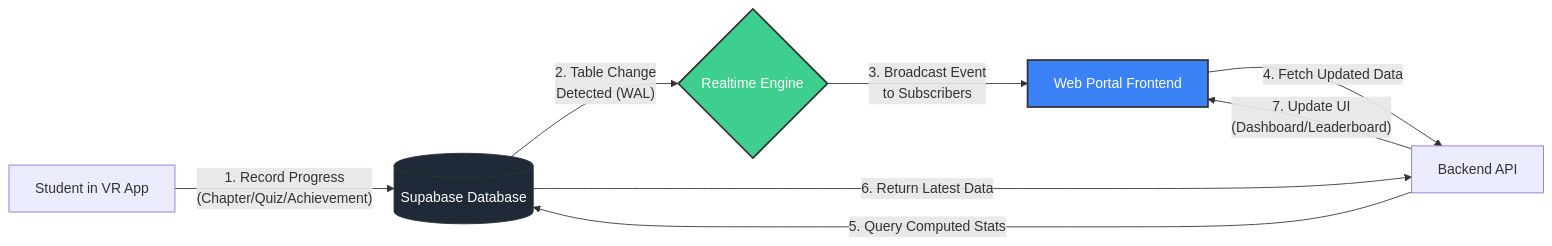
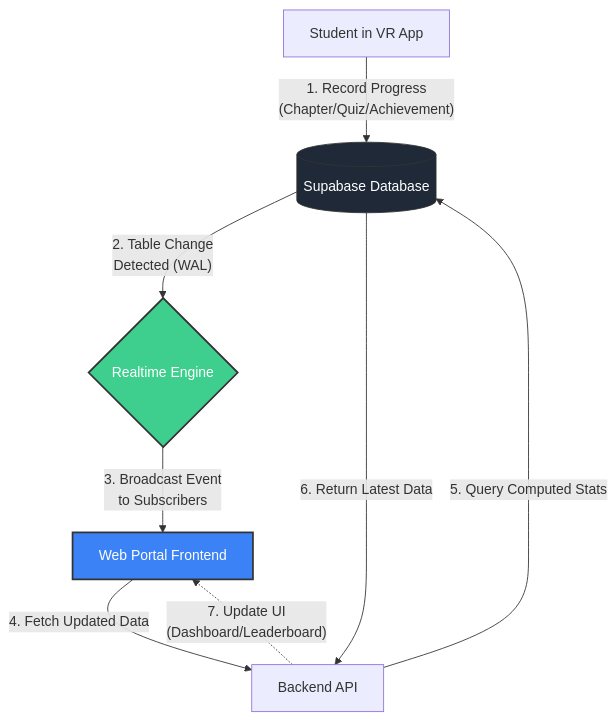
Before and after one commit to whayneGrageda/VR_Nationalian: the first of 2 diagrams in README.md, drawn with Mermaid. The commit also changed other lines of this file, not shown here.

````diff
--- a/README.md
+++ b/README.md
@@ -107,23 +107,24 @@
 ```mermaid
-graph LR
+graph TD
     %% Events
     VR[Student in VR App]
     DB[(Supabase Database)]
     RT{Realtime Engine}
     Web[Web Portal Frontend]
     API[Backend API]
 
     %% Flow
     VR -- "1. Record Progress<br/>(Chapter/Quiz/Achievement)" --> DB
     DB -- "2. Table Change<br/>Detected (WAL)" --> RT
     RT -- "3. Broadcast Event<br/>to Subscribers" --> Web
+    
     Web -- "4. Fetch Updated Data" --> API
     API -- "5. Query Computed Stats" --> DB
     DB -- "6. Return Latest Data" --> API
-    API -- "7. Update UI<br/>(Dashboard/Leaderboard)" --> Web
+    API -. "7. Update UI<br/>(Dashboard/Leaderboard)" .-> Web
 
     %% Styling
     style RT fill:#3ecf8e,stroke:#333,stroke-width:2px,color:#fff
     style Web fill:#3b82f6,stroke:#333,stroke-width:2px,color:#fff
     style DB fill:#1f2937,stroke:#333,color:#fff
 ```
````
